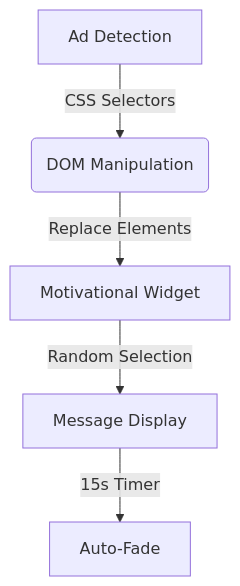
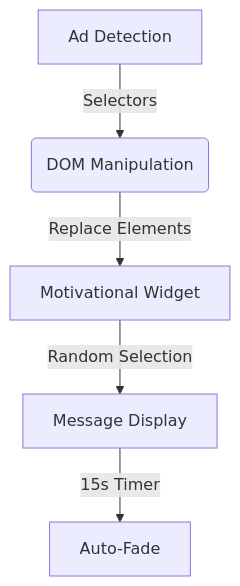
One commit to EsraMohammednour/AdFriend changed the diagram in README.md. Above: the diagram before and after it, drawn with Mermaid.

Commit message:
Update diagram in README.md to simplify terminology in ad detection process

````diff
--- a/README.md
+++ b/README.md
@@ -48,7 +48,7 @@
 ```mermaid
 graph TD
-    A[Ad Detection] -->|CSS Selectors| B(DOM Manipulation)
+    A[Ad Detection] -->|Selectors| B(DOM Manipulation)
     B -->|Replace Elements| C[Motivational Widget]
     C -->|Random Selection| D[Message Display]
     D -->|15s Timer| E[Auto-Fade]
 ```
````
